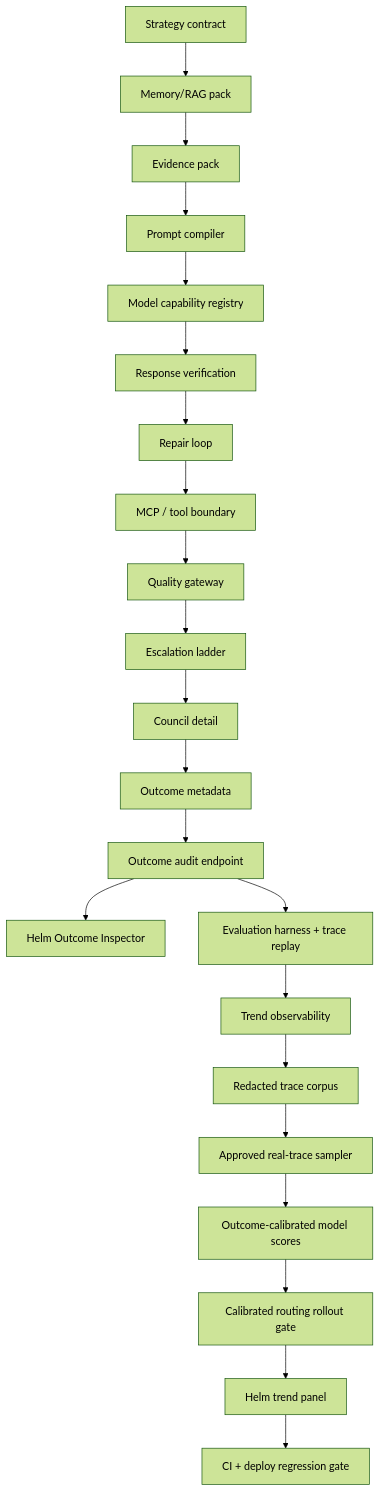
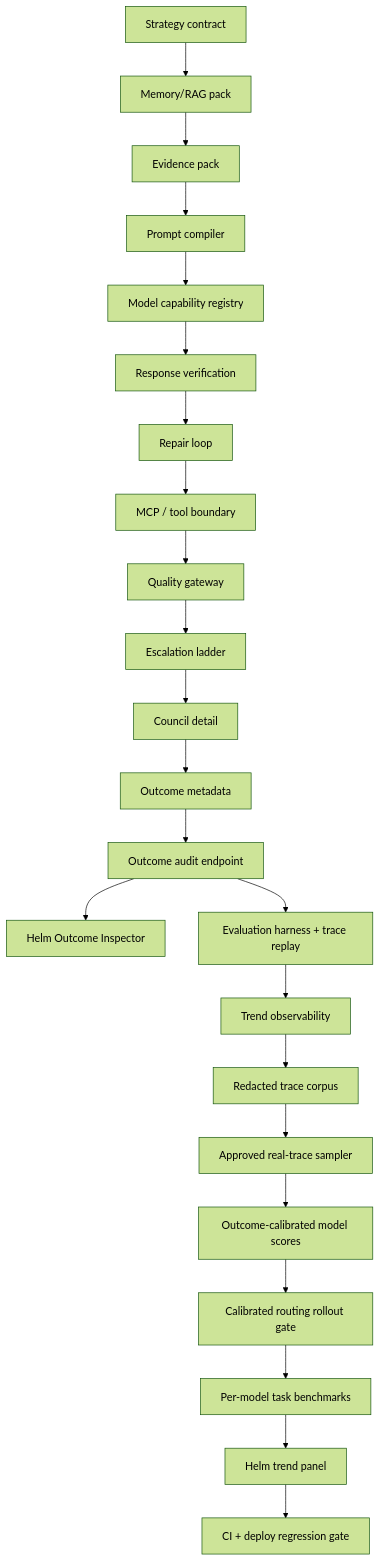
Before and after one commit to kphaas/jarvis-alpha: the second of 2 diagrams in docs/audit/AT0_CHAT_QUALITY_ARCHITECTURE_GAP_LEDGER_2026-07-09.md, drawn with Mermaid (forest theme). The commit also changed other lines of this file and 10 other files, not shown here.

Commit message:
feat(chat): add per-model task benchmarks (#697)

````diff
--- a/docs/audit/AT0_CHAT_QUALITY_ARCHITECTURE_GAP_LEDGER_2026-07-09.md
+++ b/docs/audit/AT0_CHAT_QUALITY_ARCHITECTURE_GAP_LEDGER_2026-07-09.md
@@ -30,24 +30,25 @@
 ```mermaid
 flowchart TD
     S["Strategy contract"] --> M["Memory/RAG pack"]
     M --> C["Evidence pack"]
     C --> P["Prompt compiler"]
     P --> R["Model capability registry"]
     R --> V["Response verification"]
     V --> RL["Repair loop"]
     RL --> TB["MCP / tool boundary"]
     TB --> Q["Quality gateway"]
     Q --> E["Escalation ladder"]
     E --> D["Council detail"]
     D --> O["Outcome metadata"]
     O --> A["Outcome audit endpoint"]
     A --> H["Helm Outcome Inspector"]
     A --> EV["Evaluation harness + trace replay"]
     EV --> T["Trend observability"]
     T --> RC["Redacted trace corpus"]
     RC --> RS["Approved real-trace sampler"]
     RS --> MS["Outcome-calibrated model scores"]
     MS --> CR["Calibrated routing rollout gate"]
-    CR --> HP["Helm trend panel"]
+    CR --> PM["Per-model task benchmarks"]
+    PM --> HP["Helm trend panel"]
     HP --> G["CI + deploy regression gate"]
 ```
````
